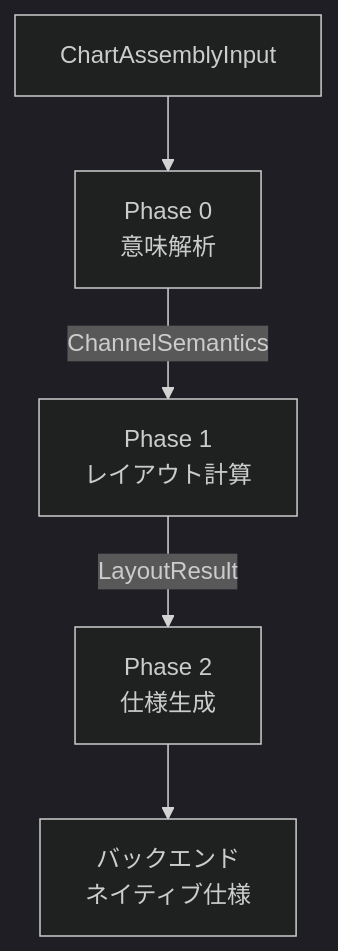
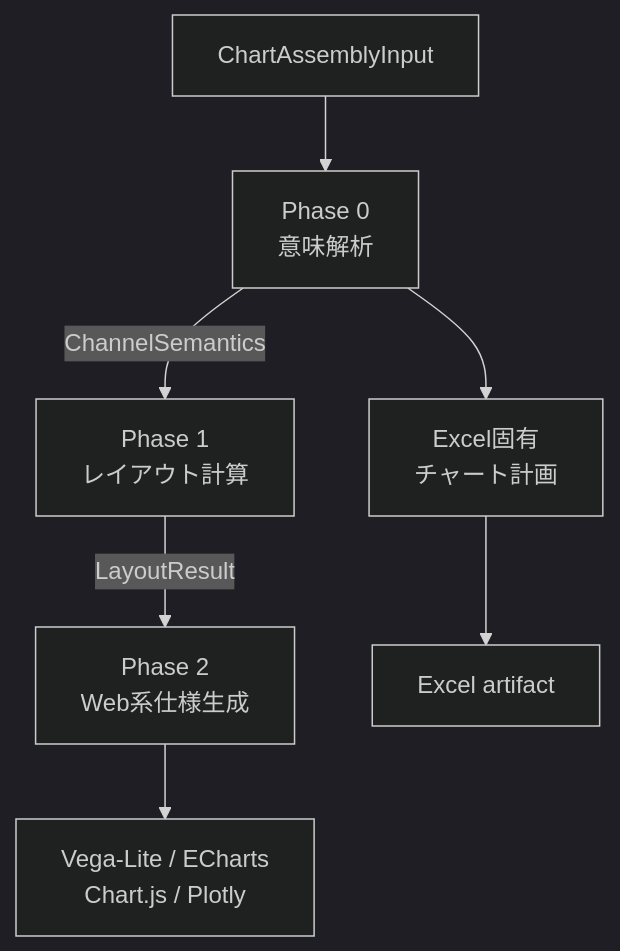
Before and after one commit to suwa-sh/zenn-contents: the third of 5 diagrams in articles/flint-chart_20260811.md, drawn with Mermaid (dark theme). The commit also changed other lines of this file and 1 other file, not shown here.

````diff
--- a/articles/flint-chart_20260811.md
+++ b/articles/flint-chart_20260811.md
@@ -84,12 +122,16 @@
 ```mermaid
 flowchart TD
   Input["ChartAssemblyInput"]
   Semantics["Phase 0<br/>意味解析"]
   Layout["Phase 1<br/>レイアウト計算"]
-  Generator["Phase 2<br/>仕様生成"]
-  Native["バックエンド<br/>ネイティブ仕様"]
+  WebGenerator["Phase 2<br/>Web系仕様生成"]
+  WebOutput["Vega-Lite / ECharts<br/>Chart.js / Plotly"]
+  ExcelPlanner["Excel固有<br/>チャート計画"]
+  ExcelOutput["Excel artifact"]
   Input --> Semantics
   Semantics -->|ChannelSemantics| Layout
-  Layout -->|LayoutResult| Generator
-  Generator --> Native
+  Layout -->|LayoutResult| WebGenerator
+  WebGenerator --> WebOutput
+  Semantics --> ExcelPlanner
+  ExcelPlanner --> ExcelOutput
 ```
````
